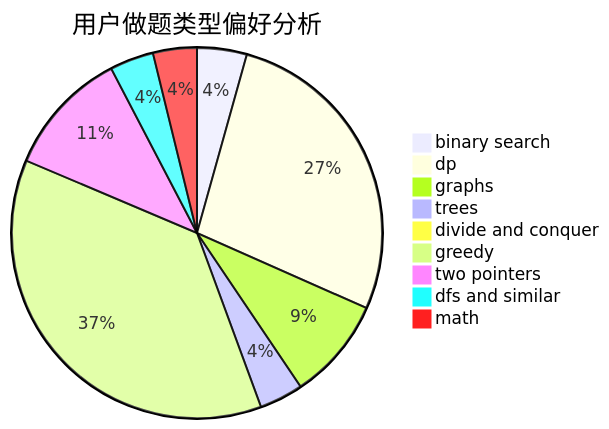
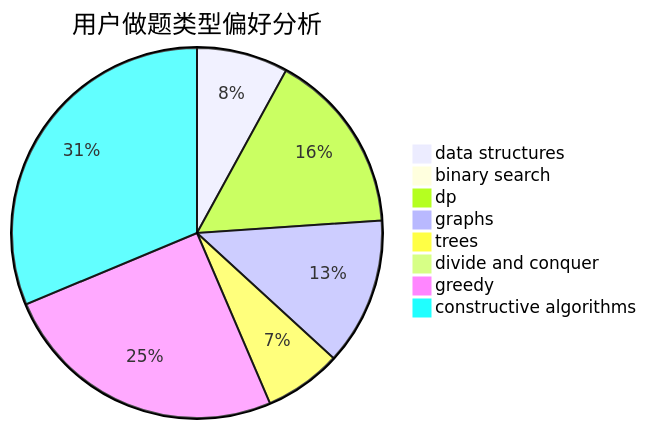
Before and after one commit to sherpahu/cfrs.github.io: the second of 3 diagrams in docs/user/u1495.md, drawn with Mermaid. The commit also changed other lines of this file and 2775 other files, not shown here.

````diff
--- a/docs/user/u1495.md
+++ b/docs/user/u1495.md
@@ -23,12 +23,11 @@
 ```mermaid
 pie title 用户做题类型偏好分析
-    "binary search" :  17
-    "dp" :  107
-    "graphs" :  35
-    "trees" :  15
-    "divide and conquer" :  1
-    "greedy" :  145
-    "two pointers" :  43
-    "dfs and similar" :  15
-    "math" :  15
+    "data structures" :  13
+    "binary search" :  0
+    "dp" :  26
+    "graphs" :  21
+    "trees" :  11
+    "divide and conquer" :  0
+    "greedy" :  41
+    "constructive algorithms" :  51
 ```
````
